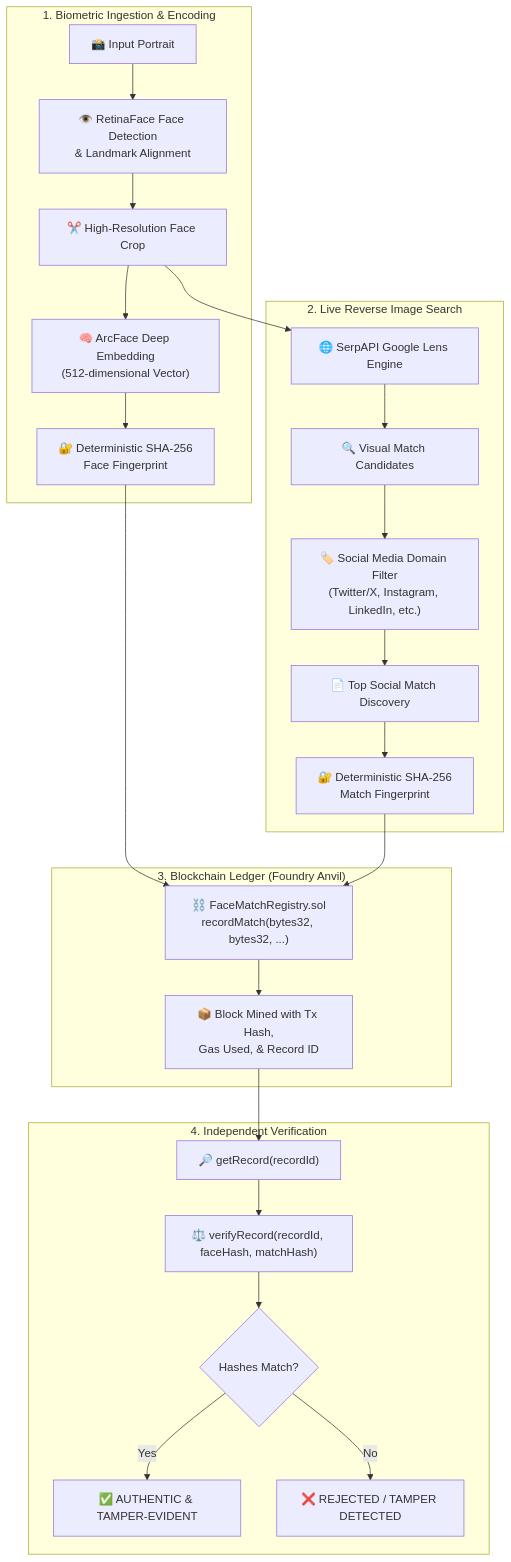
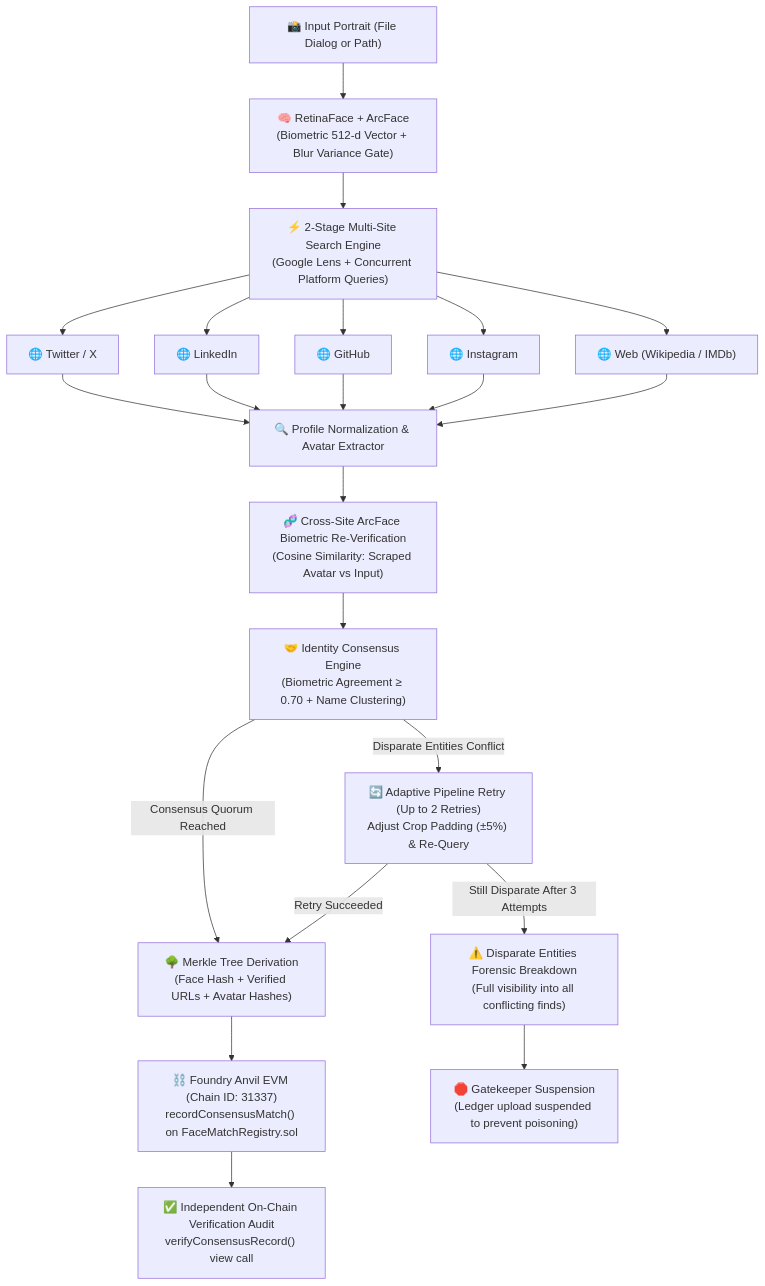
One commit to GodwinSaji9/Face_Ver changed the diagram in README.md. Above: the diagram before and after it, drawn with Mermaid. The commit also changed other lines of this file and 14 other files, not shown here.

````diff
--- a/README.md
+++ b/README.md
@@ -15,31 +38,29 @@
 ```mermaid
 flowchart TD
-    subgraph S1["1. Biometric Ingestion & Encoding"]
-        A["📸 Input Portrait"] --> B["👁️ RetinaFace Face Detection\n& Landmark Alignment"]
-        B --> C["✂️ High-Resolution Face Crop"]
-        C --> D["🧠 ArcFace Deep Embedding\n(512-dimensional Vector)"]
-        D --> E["🔐 Deterministic SHA-256\nFace Fingerprint"]
-    end
-
-    subgraph S2["2. Live Reverse Image Search"]
-        C --> F["🌐 SerpAPI Google Lens Engine"]
-        F --> G["🔍 Visual Match Candidates"]
-        G --> H["🏷️ Social Media Domain Filter\n(Twitter/X, Instagram, LinkedIn, etc.)"]
-        H --> I["📄 Top Social Match Discovery"]
-        I --> J["🔐 Deterministic SHA-256\nMatch Fingerprint"]
-    end
-
-    subgraph S3["3. Blockchain Ledger (Foundry Anvil)"]
-        E --> K["⛓️ FaceMatchRegistry.sol\nrecordMatch(bytes32, bytes32, ...)"]
-        J --> K
-        K --> L["📦 Block Mined with Tx Hash,\nGas Used, & Record ID"]
-    end
-
-    subgraph S4["4. Independent Verification"]
-        L --> M["🔎 getRecord(recordId)"]
-        M --> N["⚖️ verifyRecord(recordId, faceHash, matchHash)"]
-        N --> O{"Hashes Match?"}
-        O -- Yes --> P["✅ AUTHENTIC & TAMPER-EVIDENT"]
-        O -- No --> Q["❌ REJECTED / TAMPER DETECTED"]
-    end
+    A["📸 Input Portrait (File Dialog or Path)"] --> B["🧠 RetinaFace + ArcFace\n(Biometric 512-d Vector + Blur Variance Gate)"]
+    B --> C["⚡ 2-Stage Multi-Site Search Engine\n(Google Lens + Concurrent Platform Queries)"]
+    
+    C --> D1["🌐 Twitter / X"]
+    C --> D2["🌐 LinkedIn"]
+    C --> D3["🌐 GitHub"]
+    C --> D4["🌐 Instagram"]
+    C --> D5["🌐 Web (Wikipedia / IMDb)"]
+    
+    D1 --> E["🔍 Profile Normalization & Avatar Extractor"]
+    D2 --> E
+    D3 --> E
+    D4 --> E
+    D5 --> E
+    
+    E --> F["🧬 Cross-Site ArcFace Biometric Re-Verification\n(Cosine Similarity: Scraped Avatar vs Input)"]
+    F --> G["🤝 Identity Consensus Engine\n(Biometric Agreement ≥ 0.70 + Name Clustering)"]
+    
+    G -->|Consensus Quorum Reached| H["🌳 Merkle Tree Derivation\n(Face Hash + Verified URLs + Avatar Hashes)"]
+    G -->|Disparate Entities Conflict| R["🔄 Adaptive Pipeline Retry (Up to 2 Retries)\nAdjust Crop Padding (±5%) & Re-Query"]
+    R -->|Retry Succeeded| H
+    R -->|Still Disparate After 3 Attempts| S["⚠️ Disparate Entities Forensic Breakdown\n(Full visibility into all conflicting finds)"]
+    S --> X["🛑 Gatekeeper Suspension\n(Ledger upload suspended to prevent poisoning)"]
+    
+    H --> I["⛓️ Foundry Anvil EVM (Chain ID: 31337)\nrecordConsensusMatch() on FaceMatchRegistry.sol"]
+    I --> J["✅ Independent On-Chain Verification Audit\nverifyConsensusRecord() view call"]
 ```
````
